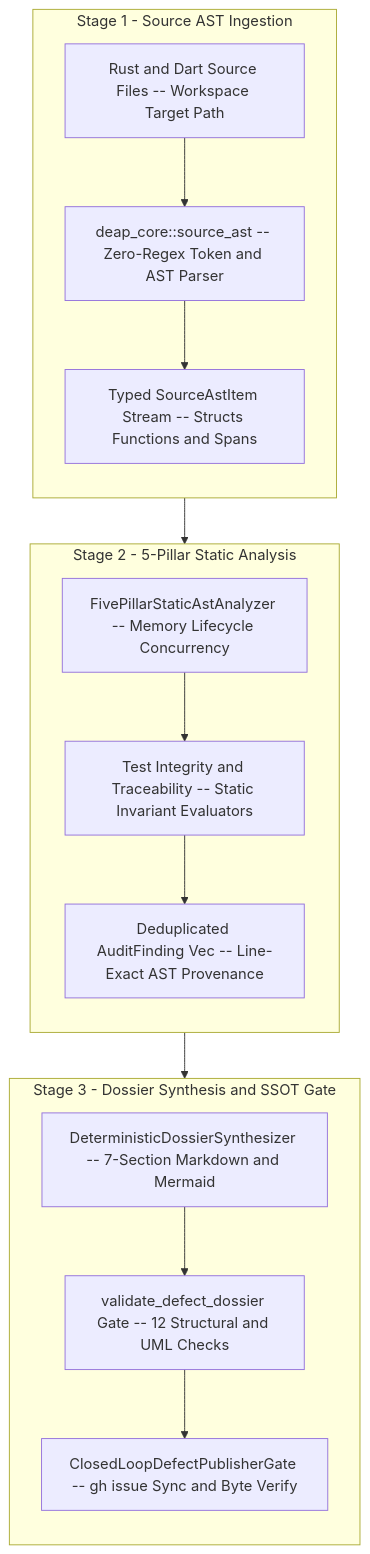
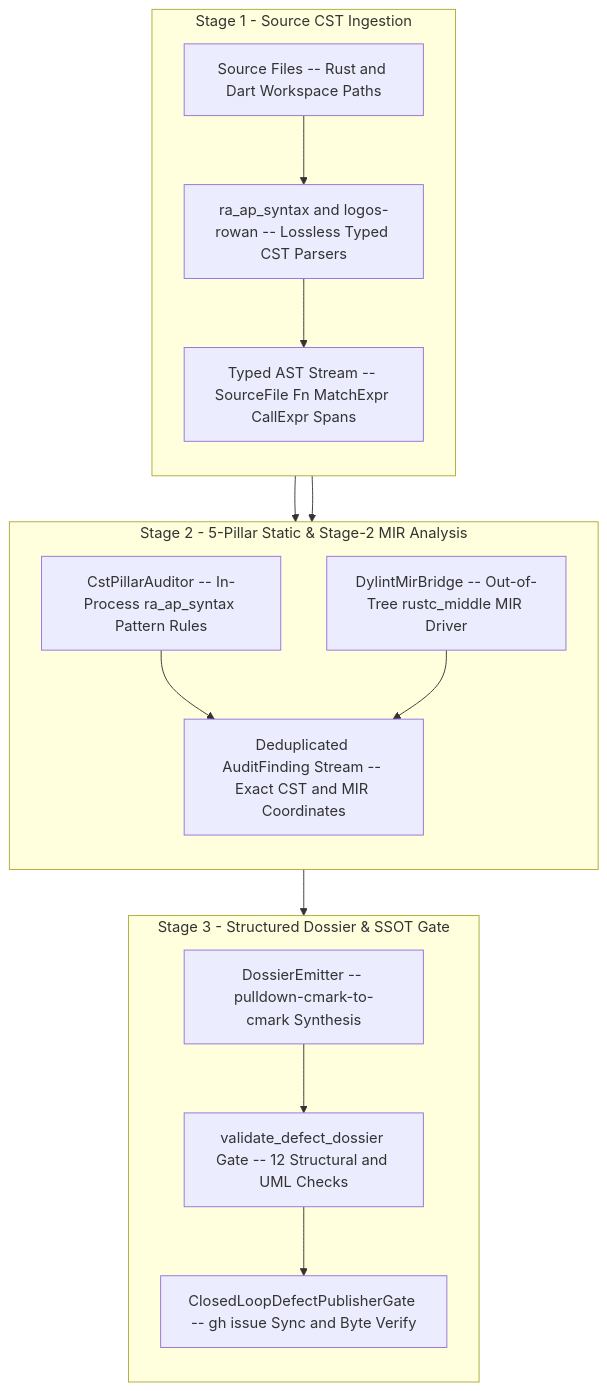
Before and after one commit to gintatkinson/DEAP01-spec-core: the third of 4 diagrams in docs/designs/blueprint-06-deterministic-static-defect-dossier-auditor.md, drawn with Mermaid. The commit also changed other lines of this file and 2 other files, not shown here.

Commit message:
docs(blueprints): refactor BP-06 onto ra_ap_syntax, Dylint MIR bridge, and dart_cst

````diff
--- a/docs/designs/blueprint-06-deterministic-static-defect-dossier-auditor.md
+++ b/docs/designs/blueprint-06-deterministic-static-defect-dossier-auditor.md
@@ -197,32 +238,33 @@
 ```mermaid
 flowchart TD
-    subgraph "Stage 1 - Source AST Ingestion"
+    subgraph "Stage 1 - Source CST Ingestion"
         direction TB
-        S1["Rust and Dart Source Files -- Workspace Target Path"]
-        S2["deap_core::source_ast -- Zero-Regex Token and AST Parser"]
-        S3["Typed SourceAstItem Stream -- Structs Functions and Spans"]
+        S1["Source Files -- Rust and Dart Workspace Paths"]
+        S2["ra_ap_syntax and logos-rowan -- Lossless Typed CST Parsers"]
+        S3["Typed AST Stream -- SourceFile Fn MatchExpr CallExpr Spans"]
         S1 --> S2
         S2 --> S3
     end
 
-    subgraph "Stage 2 - 5-Pillar Static Analysis"
+    subgraph "Stage 2 - 5-Pillar Static & Stage-2 MIR Analysis"
         direction TB
-        P1["FivePillarStaticAstAnalyzer -- Memory Lifecycle Concurrency"]
-        P2["Test Integrity and Traceability -- Static Invariant Evaluators"]
-        P3["Deduplicated AuditFinding Vec -- Line-Exact AST Provenance"]
-        P1 --> P2
+        P1["CstPillarAuditor -- In-Process ra_ap_syntax Pattern Rules"]
+        P2["DylintMirBridge -- Out-of-Tree rustc_middle MIR Driver"]
+        P3["Deduplicated AuditFinding Stream -- Exact CST and MIR Coordinates"]
+        P1 --> P3
         P2 --> P3
     end
 
-    subgraph "Stage 3 - Dossier Synthesis and SSOT Gate"
+    subgraph "Stage 3 - Structured Dossier & SSOT Gate"
         direction TB
-        G1["DeterministicDossierSynthesizer -- 7-Section Markdown and Mermaid"]
+        G1["DossierEmitter -- pulldown-cmark-to-cmark Synthesis"]
         G2["validate_defect_dossier Gate -- 12 Structural and UML Checks"]
         G3["ClosedLoopDefectPublisherGate -- gh issue Sync and Byte Verify"]
         G1 --> G2
         G2 --> G3
     end
 
     S3 --> P1
+    S3 --> P2
     P3 --> G1
 ```
````
